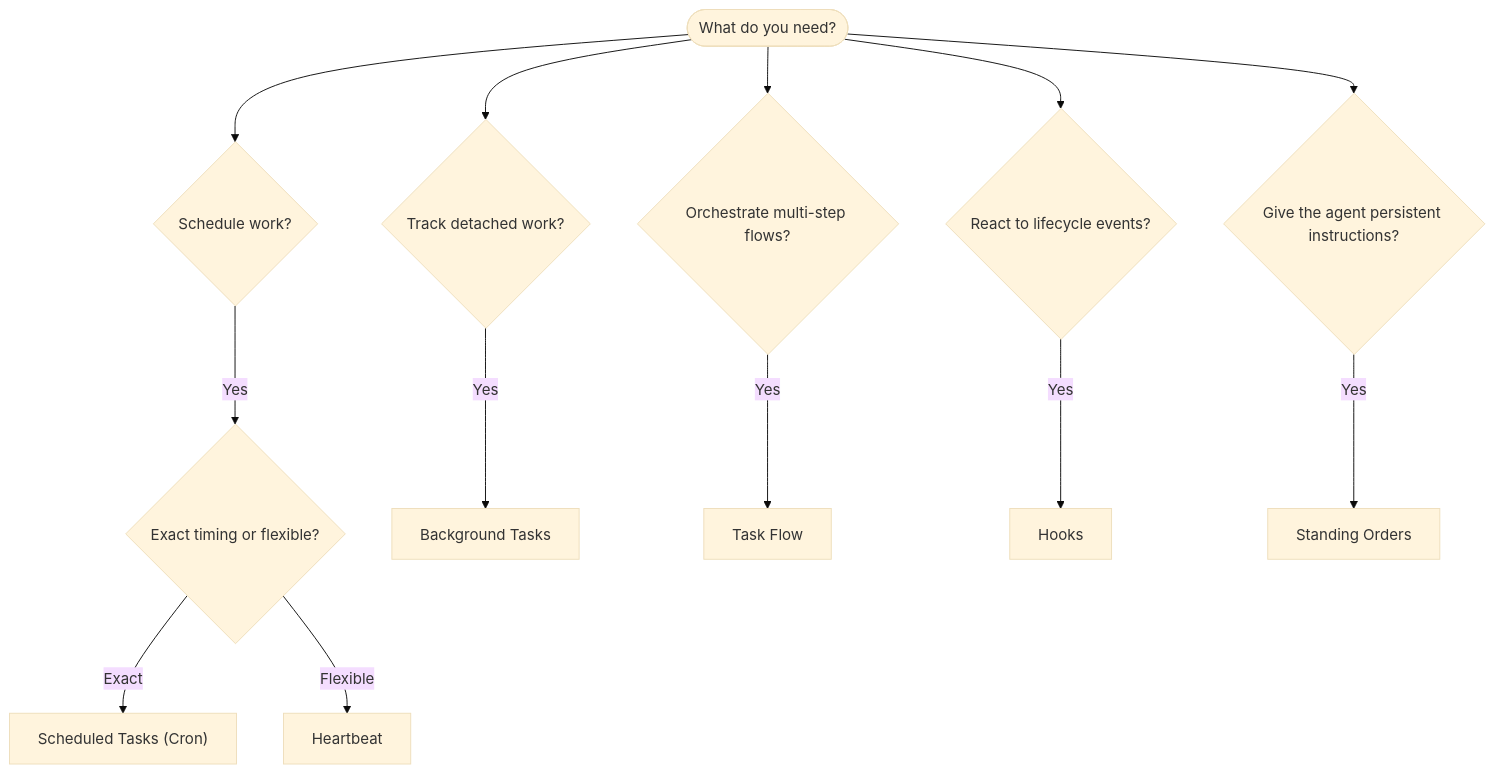
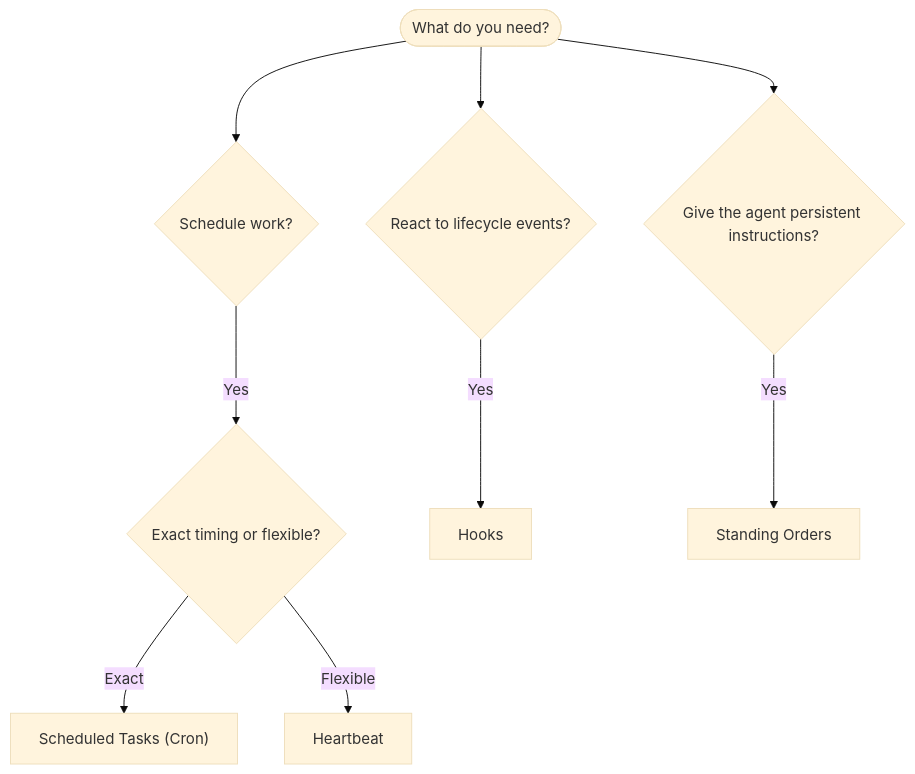
One commit to YoshiaKefasu/DennouAibou changed the diagram in docs/automation/index.md. Above: the diagram before and after it, drawn with Mermaid (base theme). The commit also changed other lines of this file and 873 other files, not shown here.

````diff
--- a/docs/automation/index.md
+++ b/docs/automation/index.md
@@ -16,17 +16,13 @@
 ```mermaid
 flowchart TD
     START([What do you need?]) --> Q1{Schedule work?}
-    START --> Q2{Track detached work?}
-    START --> Q3{Orchestrate multi-step flows?}
     START --> Q4{React to lifecycle events?}
     START --> Q5{Give the agent persistent instructions?}
 
     Q1 -->|Yes| Q1a{Exact timing or flexible?}
     Q1a -->|Exact| CRON["Scheduled Tasks (Cron)"]
     Q1a -->|Flexible| HEARTBEAT[Heartbeat]
 
-    Q2 -->|Yes| TASKS[Background Tasks]
-    Q3 -->|Yes| FLOW[Task Flow]
     Q4 -->|Yes| HOOKS[Hooks]
     Q5 -->|Yes| SO[Standing Orders]
 ```
````
